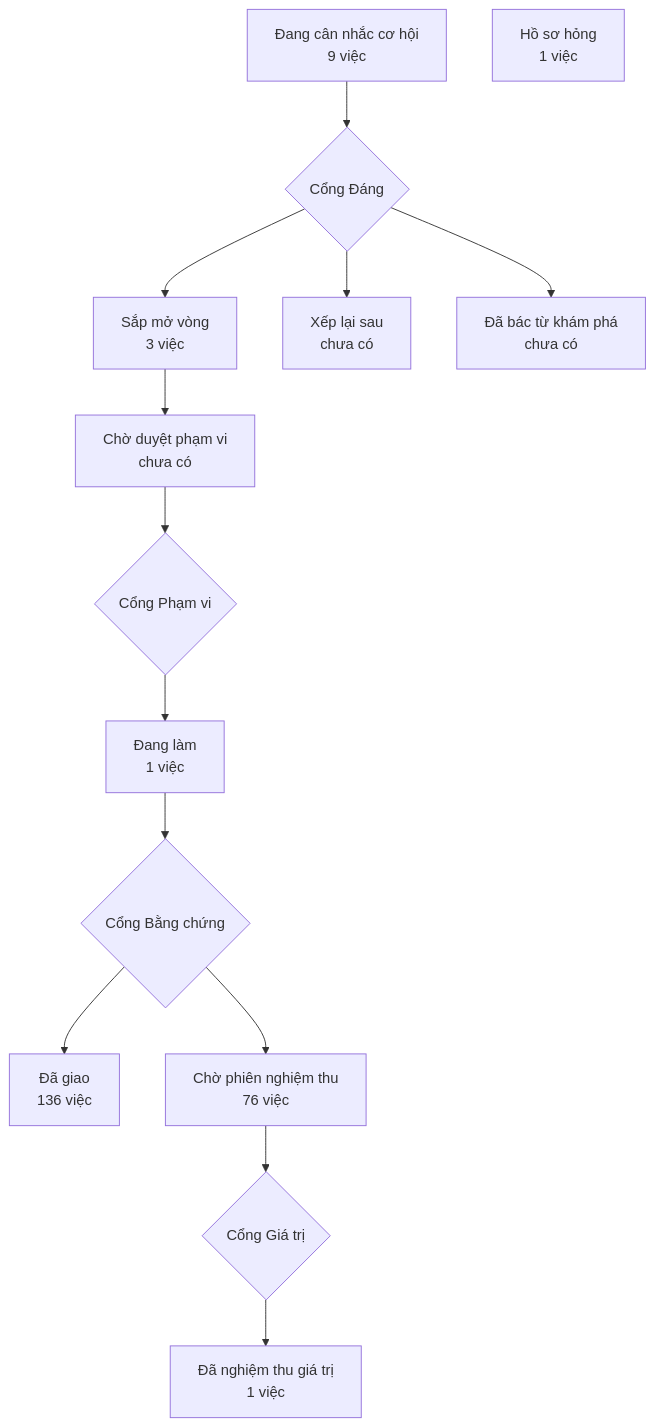
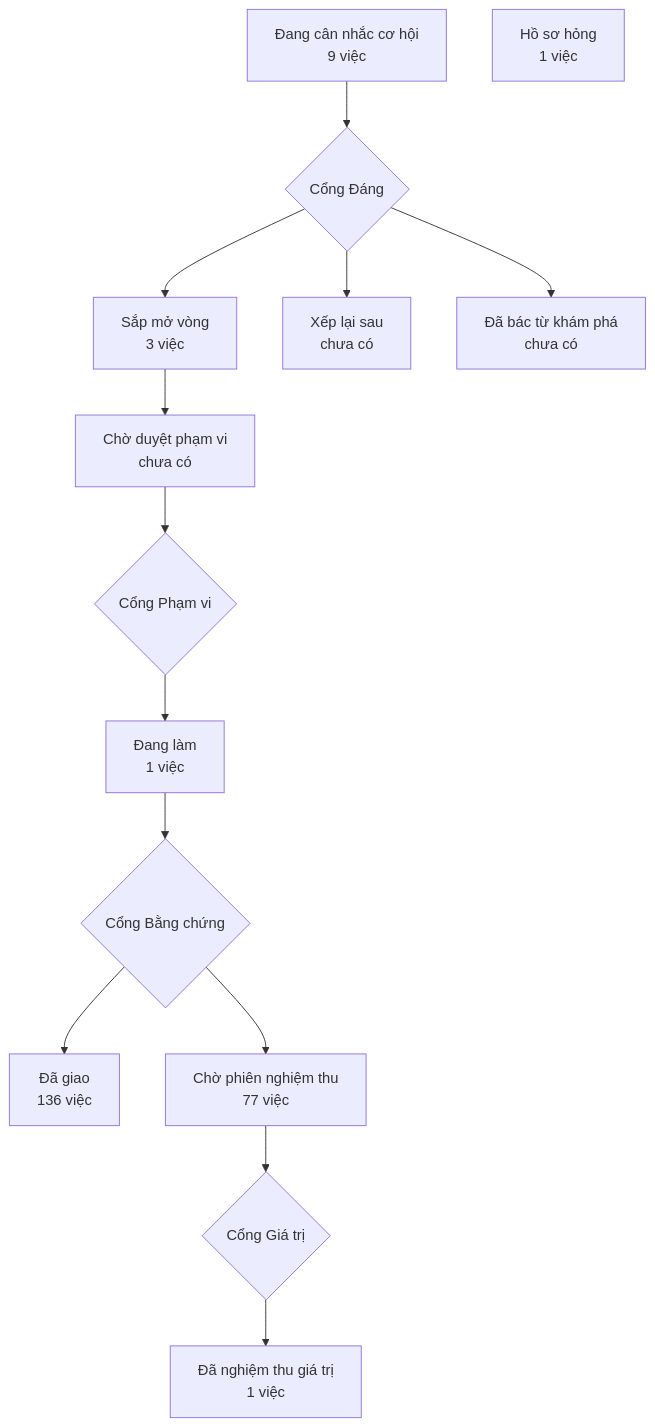
The diagram in PRODUCT-MAP.md (phanlemanh/crm-onehub), drawn with Mermaid before and after one commit. The commit also changed other lines of this file and 1 other file, not shown here.

Commit message:
chore: vẽ lại bản đồ sản phẩm từ bản sạch sau gộp onehub d2241d70

````diff
--- a/PRODUCT-MAP.md
+++ b/PRODUCT-MAP.md
@@ -7,13 +7,13 @@
 ```mermaid
 flowchart TD
   A["Đang cân nhắc cơ hội<br/>9 việc"] --> GD{"Cổng Đáng"}
   GD --> B["Sắp mở vòng<br/>3 việc"]
   GD --> XL["Xếp lại sau<br/>chưa có"]
   GD --> DB["Đã bác từ khám phá<br/>chưa có"]
   B --> CD["Chờ duyệt phạm vi<br/>chưa có"] --> GP{"Cổng Phạm vi"}
   GP --> DL["Đang làm<br/>1 việc"] --> GB{"Cổng Bằng chứng"}
   GB --> DG["Đã giao<br/>136 việc"]
-  GB --> CN["Chờ phiên nghiệm thu<br/>76 việc"] --> GG{"Cổng Giá trị"}
+  GB --> CN["Chờ phiên nghiệm thu<br/>77 việc"] --> GG{"Cổng Giá trị"}
   GG --> NT["Đã nghiệm thu giá trị<br/>1 việc"]
   HS["Hồ sơ hỏng<br/>1 việc"]
 ```
````
